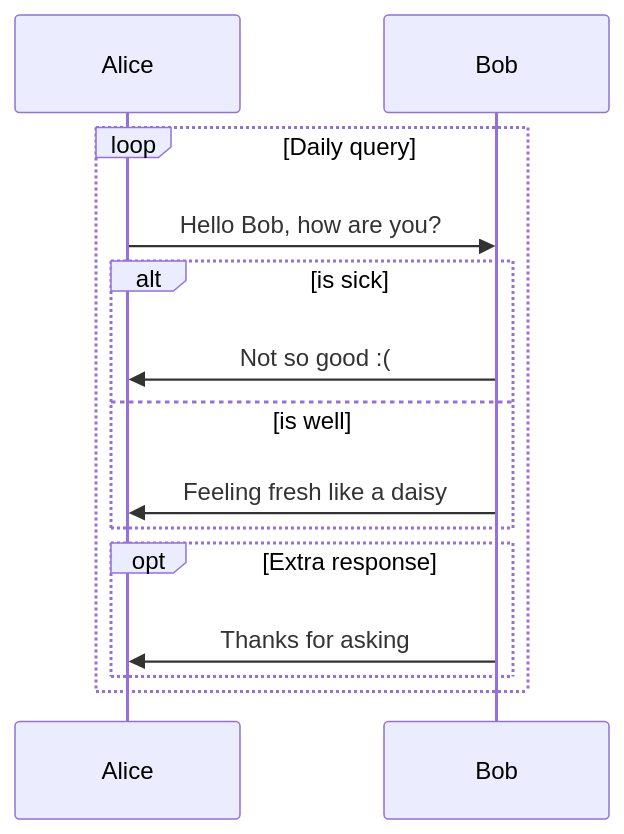
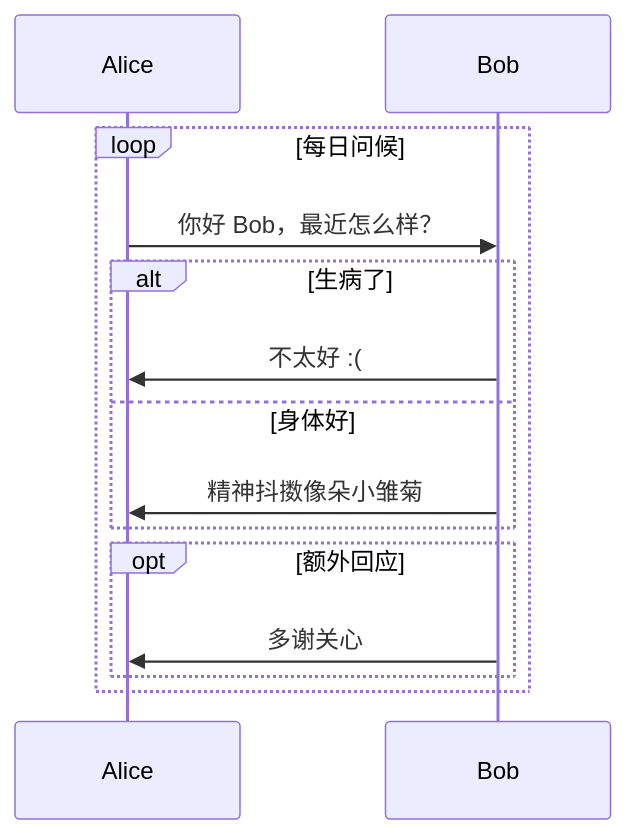
Before and after one commit to EloitHao/EloitHao.github.io: the fourth of 4 diagrams in _posts/2024-02-05-sample-post.md, drawn with Mermaid. The commit also changed other lines of this file and 35 other files, not shown here.

````diff
--- a/_posts/2024-02-05-sample-post.md
+++ b/_posts/2024-02-05-sample-post.md
@@ -210,15 +210,15 @@
 ```mermaid
 sequenceDiagram
-    loop Daily query
-        Alice->>Bob: Hello Bob, how are you?
-        alt is sick
-            Bob->>Alice: Not so good :(
-        else is well
-            Bob->>Alice: Feeling fresh like a daisy
+    loop 每日问候
+        Alice->>Bob: 你好 Bob，最近怎么样？
+        alt 生病了
+            Bob->>Alice: 不太好 :(
+        else 身体好
+            Bob->>Alice: 精神抖擞像朵小雏菊
         end
 
-        opt Extra response
-            Bob->>Alice: Thanks for asking
+        opt 额外回应
+            Bob->>Alice: 多谢关心
         end
     end
 ```
````
